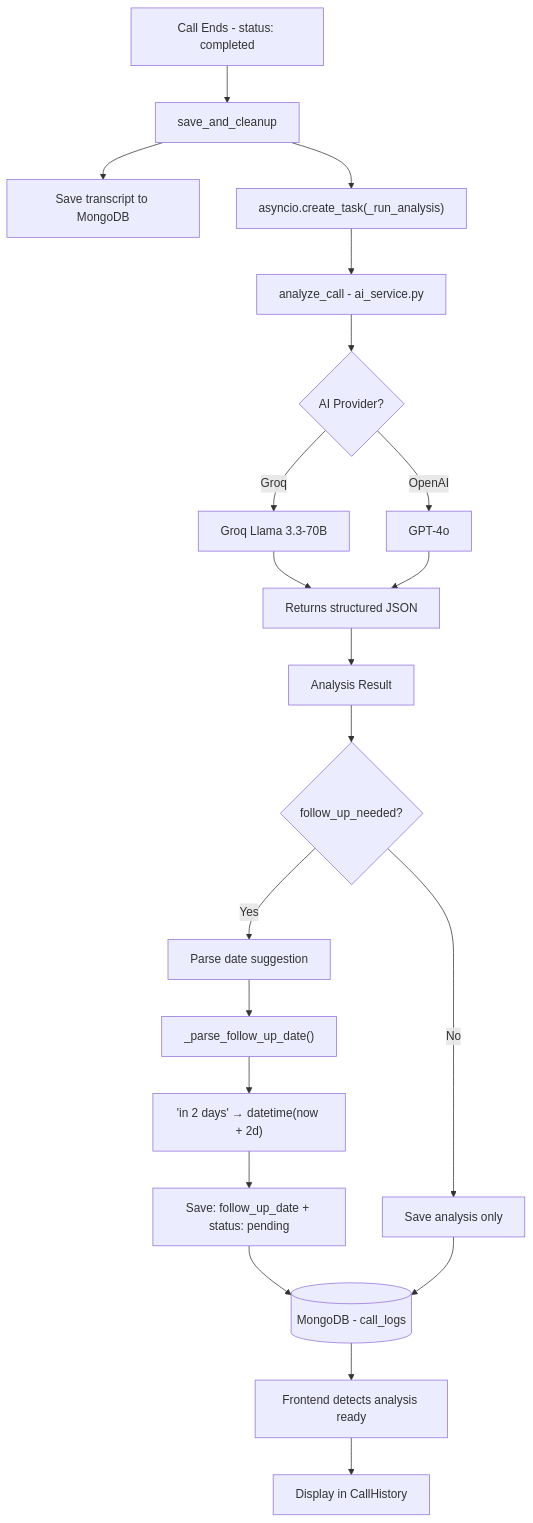
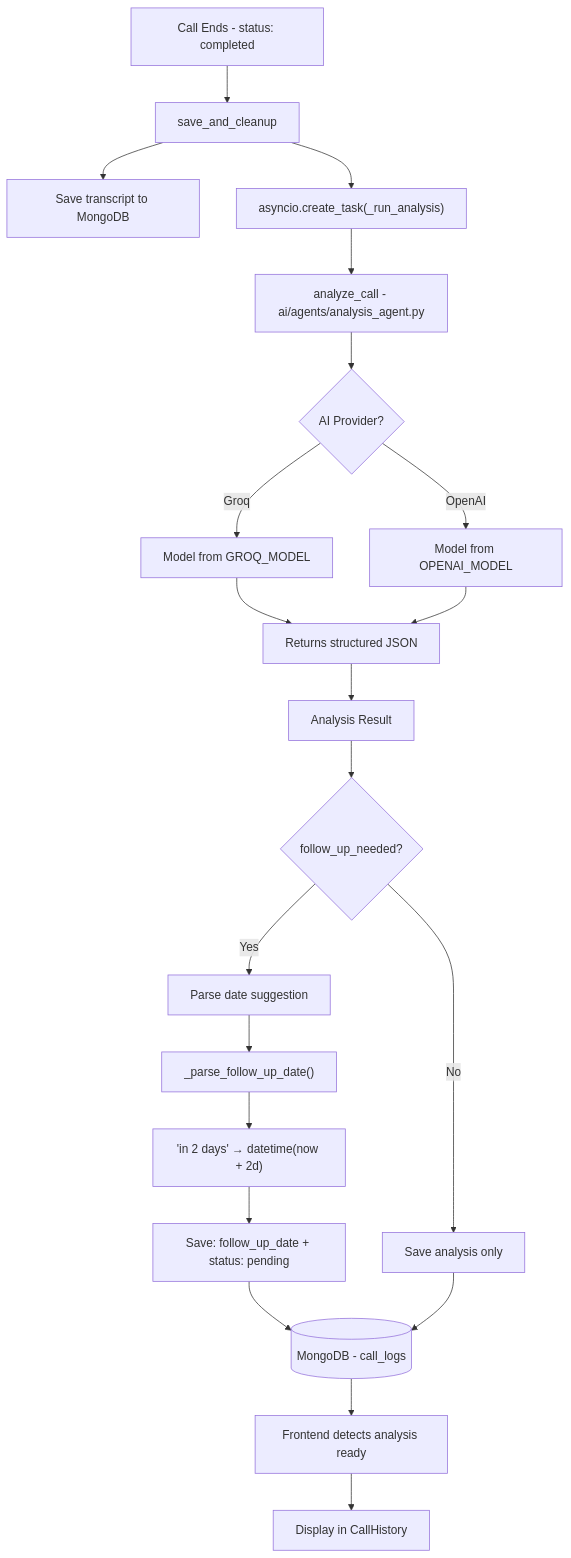
The fifth of 7 diagrams in README.md (Kumaresan-AI-Engineer/Outbound_Ai), drawn with Mermaid before and after one commit. The commit also changed other lines of this file and 134 other files, not shown here.

````diff
--- a/README.md
+++ b/README.md
@@ -254,30 +269,30 @@
 ```mermaid
 flowchart TD
     A[Call Ends - status: completed] --> B[save_and_cleanup]
     B --> C[Save transcript to MongoDB]
     B --> D["asyncio.create_task(_run_analysis)"]
 
-    D --> E[analyze_call - ai_service.py]
+    D --> E[analyze_call - ai/agents/analysis_agent.py]
     E --> F{AI Provider?}
-    F -->|Groq| G[Groq Llama 3.3-70B]
-    F -->|OpenAI| H[GPT-4o]
+    F -->|Groq| G[Model from GROQ_MODEL]
+    F -->|OpenAI| H[Model from OPENAI_MODEL]
 
     G --> I[Returns structured JSON]
     H --> I
 
     I --> J[Analysis Result]
 
     J --> K{follow_up_needed?}
     K -->|Yes| L[Parse date suggestion]
     L --> M["_parse_follow_up_date()"]
     M --> N["'in 2 days' → datetime(now + 2d)"]
     N --> O[Save: follow_up_date + status: pending]
 
     K -->|No| P[Save analysis only]
 
     O --> Q[(MongoDB - call_logs)]
     P --> Q
 
     Q --> R[Frontend detects analysis ready]
     R --> S[Display in CallHistory]
 ```
````
